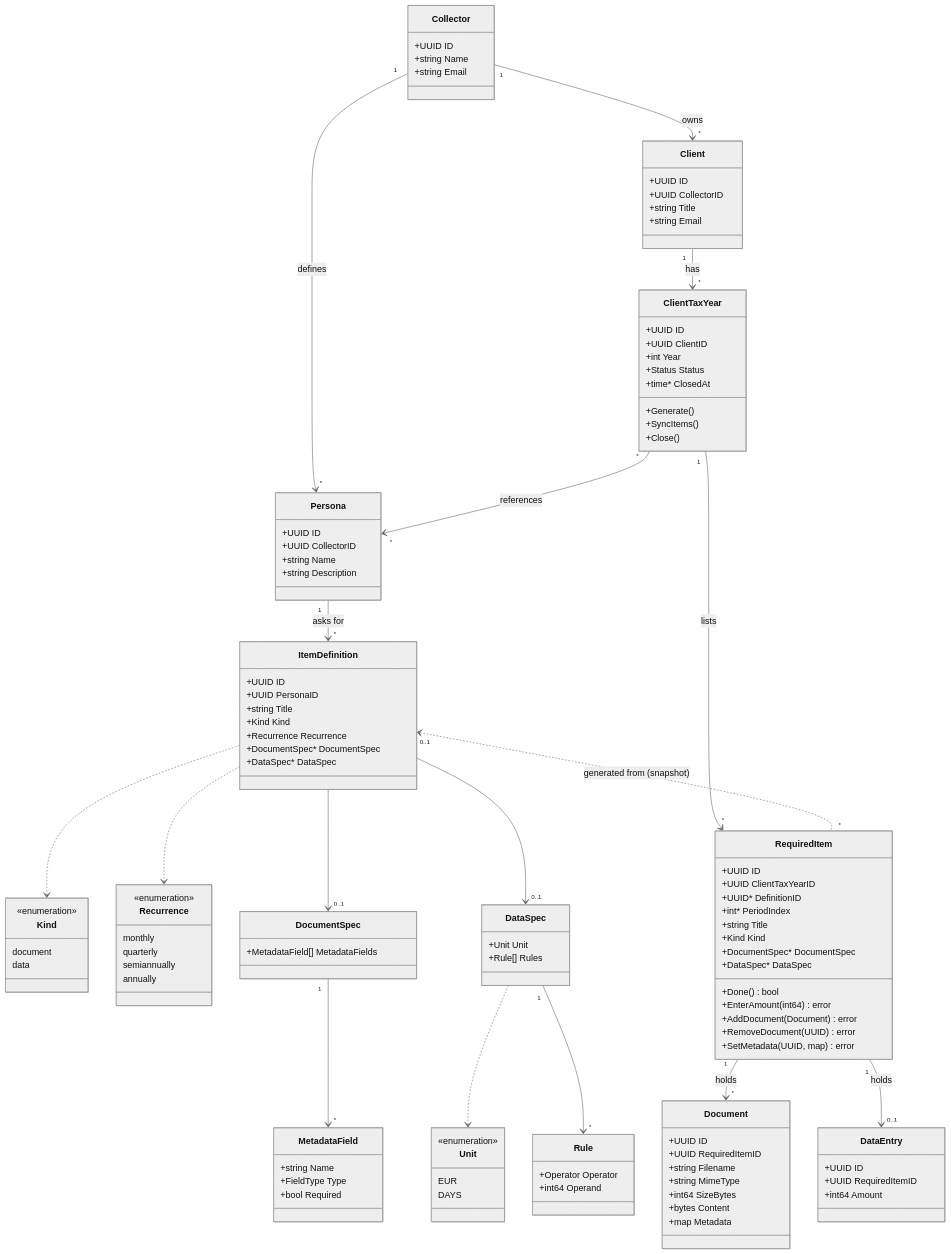
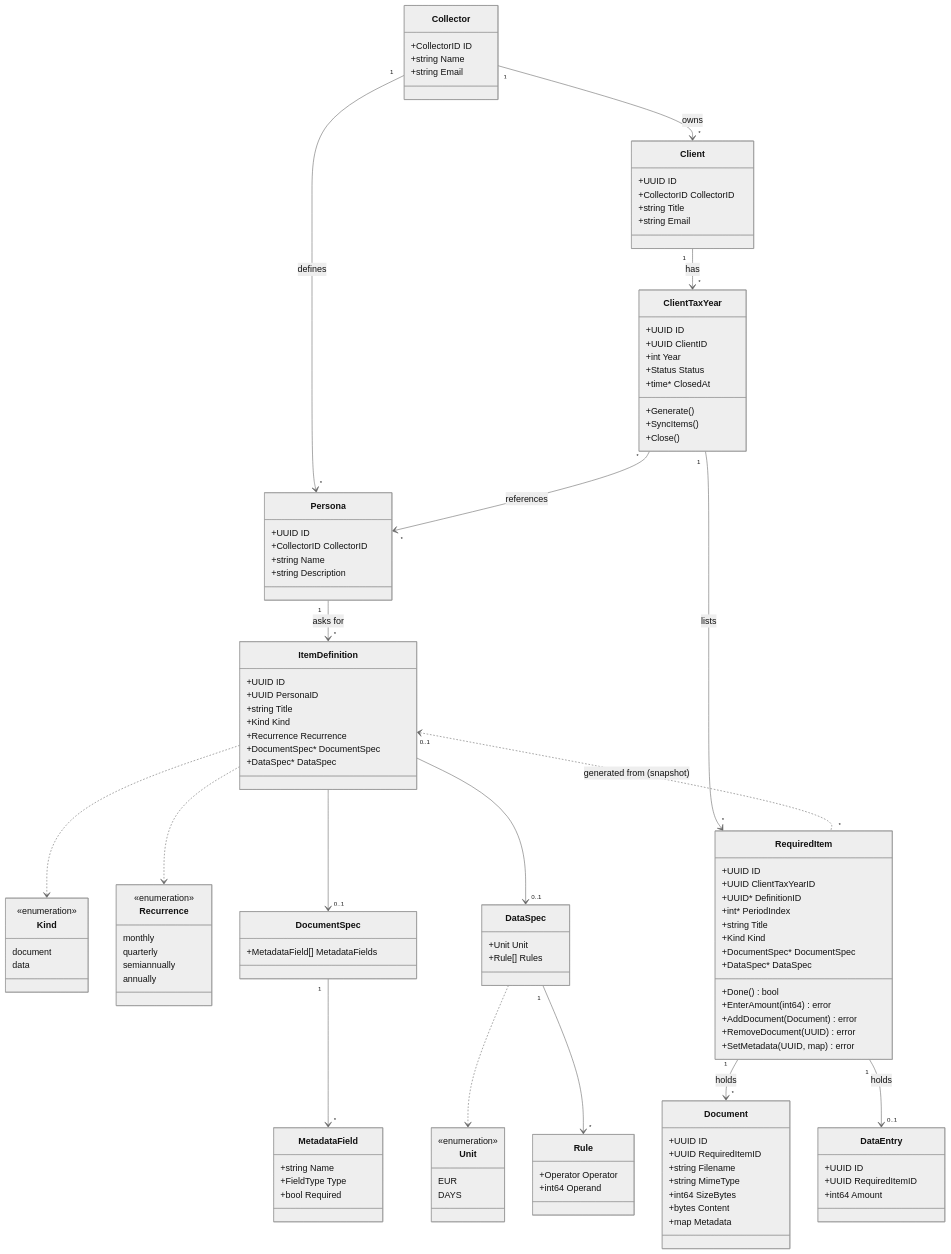
Before and after one commit to TimoSto/tax-return-organizer: the diagram in README.md, drawn with Mermaid (neutral theme). The commit also changed 1 other file, not shown here.

Commit message:
chore: setup CLAUDE.md (#22)

````diff
--- a/README.md
+++ b/README.md
@@ -79,21 +79,21 @@
 ```mermaid
 classDiagram
     class Collector {
-        +UUID ID
+        +CollectorID ID
         +string Name
         +string Email
     }
 
     class Client {
         +UUID ID
-        +UUID CollectorID
+        +CollectorID CollectorID
         +string Title
         +string Email
     }
 
     class Persona {
         +UUID ID
-        +UUID CollectorID
+        +CollectorID CollectorID
         +string Name
         +string Description
     }
````
